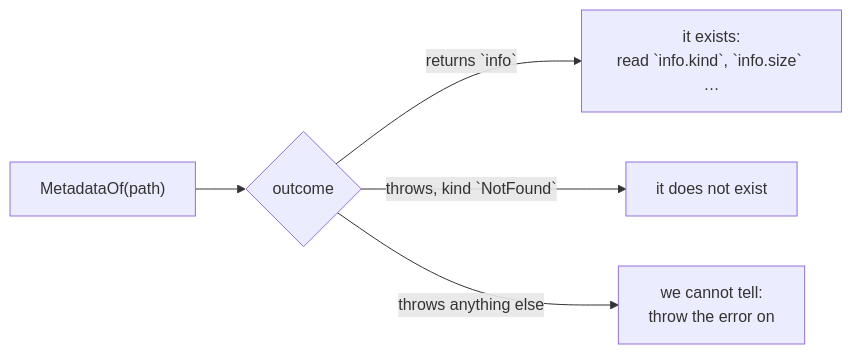
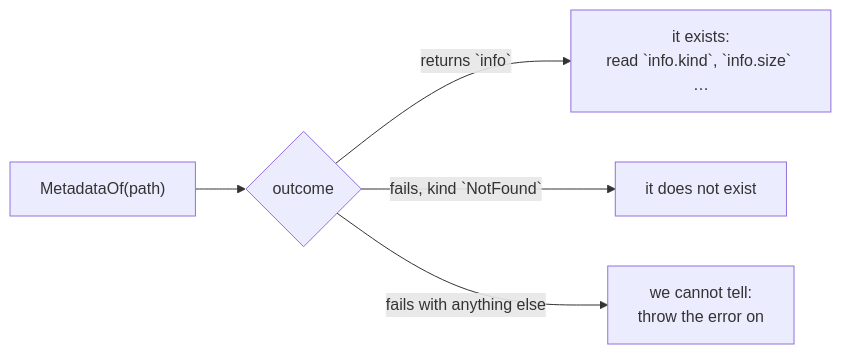
One commit to rux-lang/Web changed the diagram in content/docs/1.learn/19.files/06.metadata.md. Above: the diagram before and after it, drawn with Mermaid. The commit also changed other lines of this file and 31 other files, not shown here.

````diff
--- a/content/docs/1.learn/19.files/06.metadata.md
+++ b/content/docs/1.learn/19.files/06.metadata.md
@@ -92,7 +92,7 @@
 ```mermaid
 flowchart LR
     m["`MetadataOf(path)`"] --> s{"outcome"}
     s -- "returns `info`" --> yes["it exists:<br/>read `info.kind`, `info.size` …"]
-    s -- "throws, kind `NotFound`" --> no["it does not exist"]
-    s -- "throws anything else" --> unk["we cannot tell:<br/>throw the error on"]
+    s -- "fails, kind `NotFound`" --> no["it does not exist"]
+    s -- "fails with anything else" --> unk["we cannot tell:<br/>throw the error on"]
 ```
````
